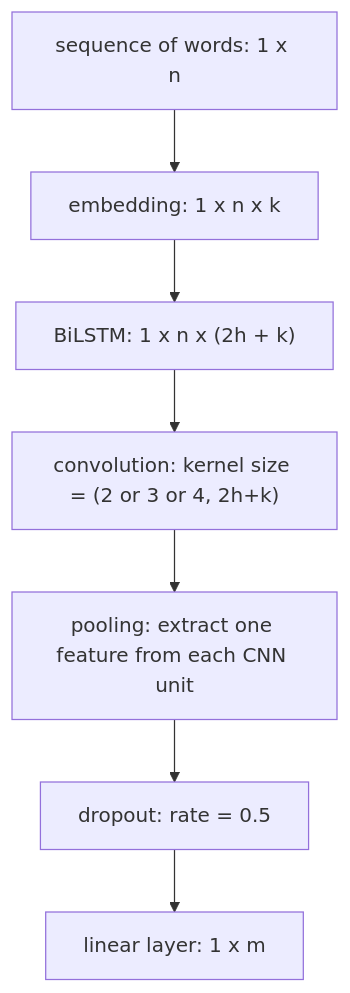
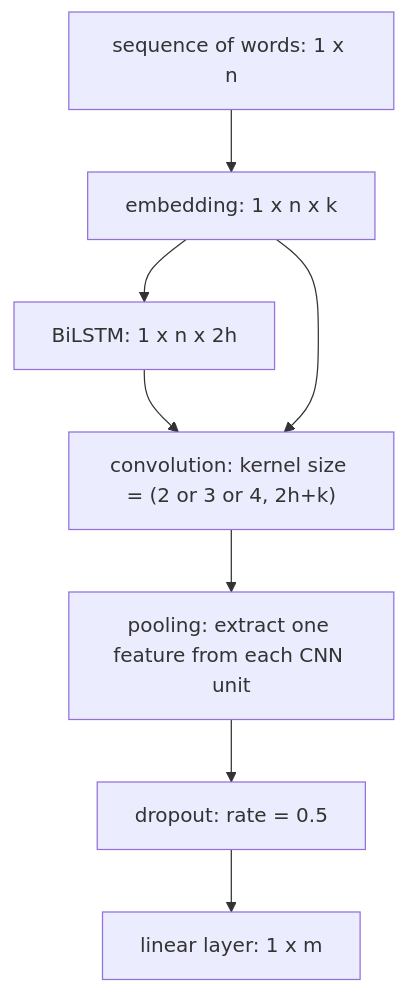
The second of 2 diagrams in report.md (usualwitch/BiLSTM-CNN-Pytorch), drawn with Mermaid before and after one commit. The commit also changed other lines of this file and 1 other file, not shown here.

````diff
--- a/report.md
+++ b/report.md
@@ -92,9 +102,10 @@
 ```mermaid
 graph TD
 A[sequence of words: 1 x n]-->B[embedding: 1 x n x k]
-B-->C["BiLSTM: 1 x n x (2h + k)"]
+B-->C["BiLSTM: 1 x n x 2h"]
 C-->D["convolution: kernel size = (2 or 3 or 4, 2h+k)"]
+B-->D
 D-->E[pooling: extract one feature from each CNN unit]
 E-->F[dropout: rate = 0.5]
 F-->G[linear layer: 1 x m]
 ```
````
